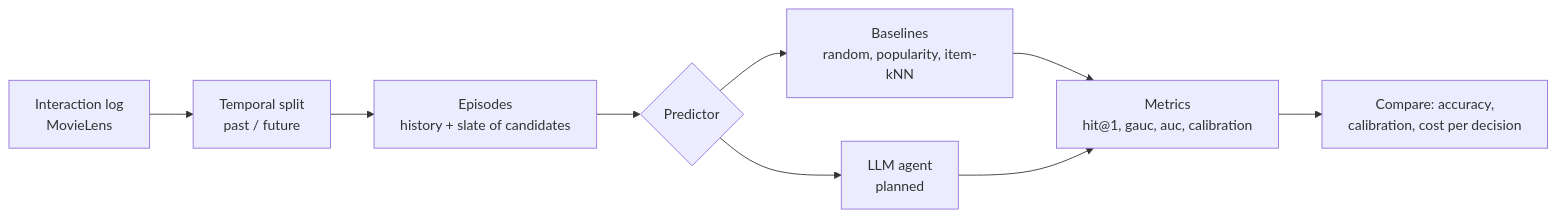
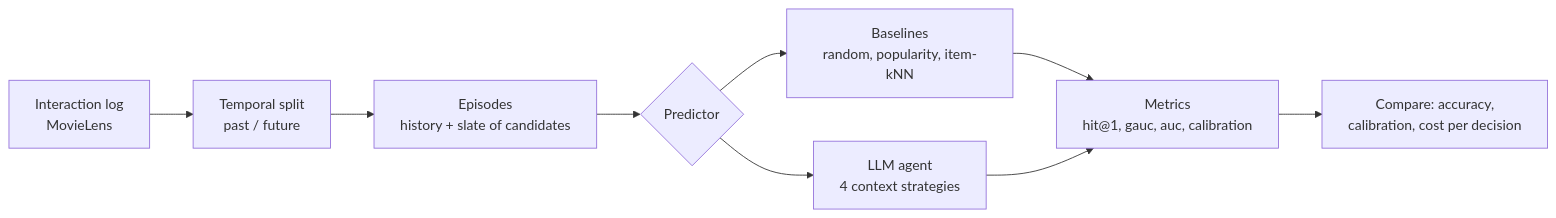
The diagram in README.md (pakhapoom/user-simulation), drawn with Mermaid before and after one commit. The commit also changed other lines of this file, not shown here.

Commit message:
docs(readme): report context-engineering ablation results

````diff
--- a/README.md
+++ b/README.md
@@ -9,11 +9,11 @@
 ```mermaid
 flowchart LR
     A["Interaction log<br/>MovieLens"] --> B["Temporal split<br/>past / future"]
     B --> C["Episodes<br/>history + slate of candidates"]
     C --> D{"Predictor"}
     D --> D1["Baselines<br/>random, popularity, item-kNN"]
-    D --> D2["LLM agent<br/>planned"]
+    D --> D2["LLM agent<br/>4 context strategies"]
     D1 --> E["Metrics<br/>hit@1, gauc, auc, calibration"]
     D2 --> E
     E --> F["Compare: accuracy,<br/>calibration, cost per decision"]
 ```
````
